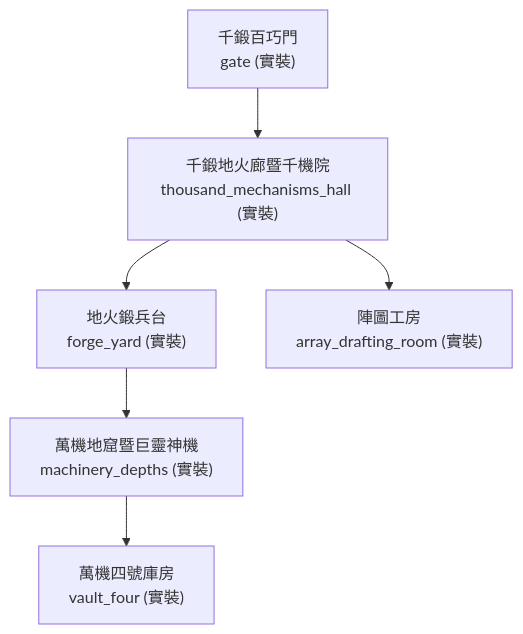
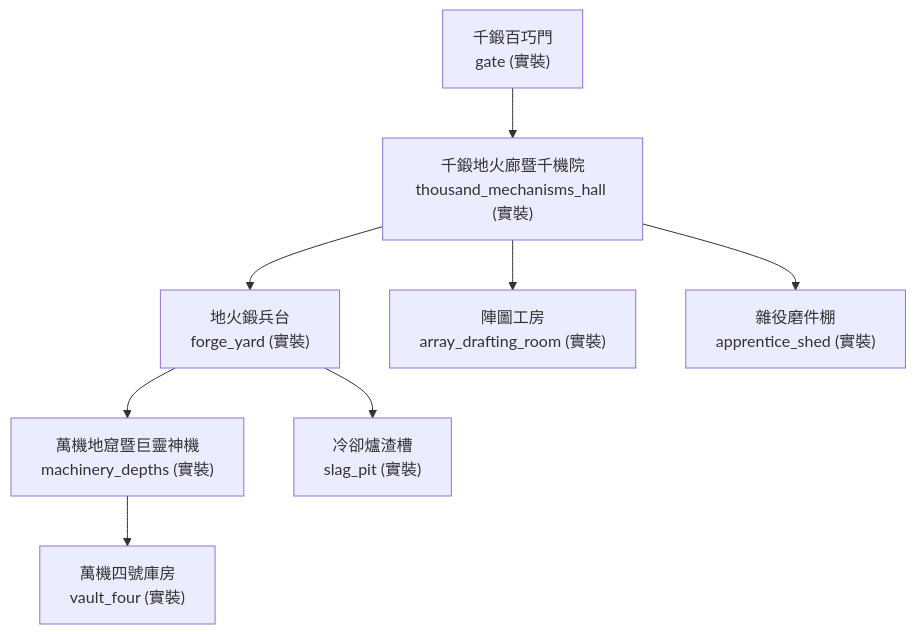
The diagram in forgotten-space/narrative/docs/maps/tier2/tiangong_map.md (wade-fs/mudscript), drawn with Mermaid before and after one commit. The commit also changed other lines of this file and 16 other files, not shown here.

````diff
--- a/forgotten-space/narrative/docs/maps/tier2/tiangong_map.md
+++ b/forgotten-space/narrative/docs/maps/tier2/tiangong_map.md
@@ -20,14 +22,16 @@
 ```mermaid
 flowchart TD
   gate["千鍛百巧門<br/>gate (實裝)"]
   thousand_mechanisms_hall["千鍛地火廊暨千機院<br/>thousand_mechanisms_hall (實裝)"]
   forge_yard["地火鍛兵台<br/>forge_yard (實裝)"]
   array_drafting_room["陣圖工房<br/>array_drafting_room (實裝)"]
   machinery_depths["萬機地窟暨巨靈神機<br/>machinery_depths (實裝)"]
   vault_four["萬機四號庫房<br/>vault_four (實裝)"]
   gate --> thousand_mechanisms_hall
+  thousand_mechanisms_hall --> apprentice_shed["雜役磨件棚<br/>apprentice_shed (實裝)"]
   thousand_mechanisms_hall --> forge_yard
+  forge_yard --> slag_pit["冷卻爐渣槽<br/>slag_pit (實裝)"]
   thousand_mechanisms_hall --> array_drafting_room
   forge_yard --> machinery_depths
   machinery_depths --> vault_four
 ```
````
